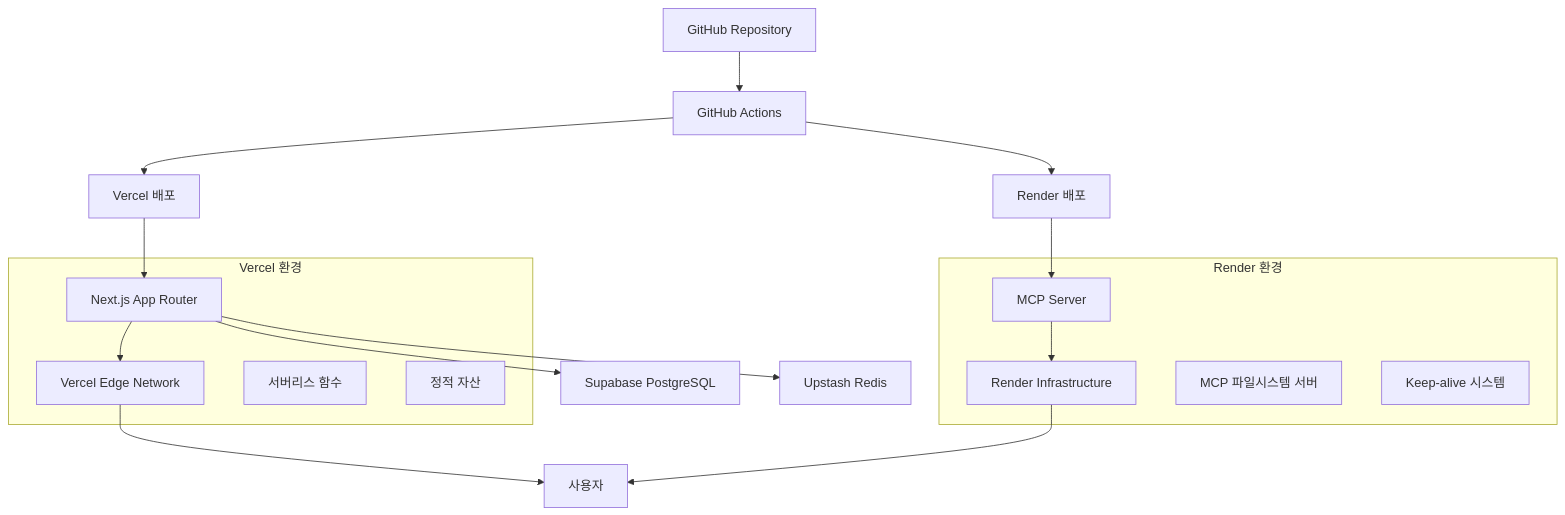
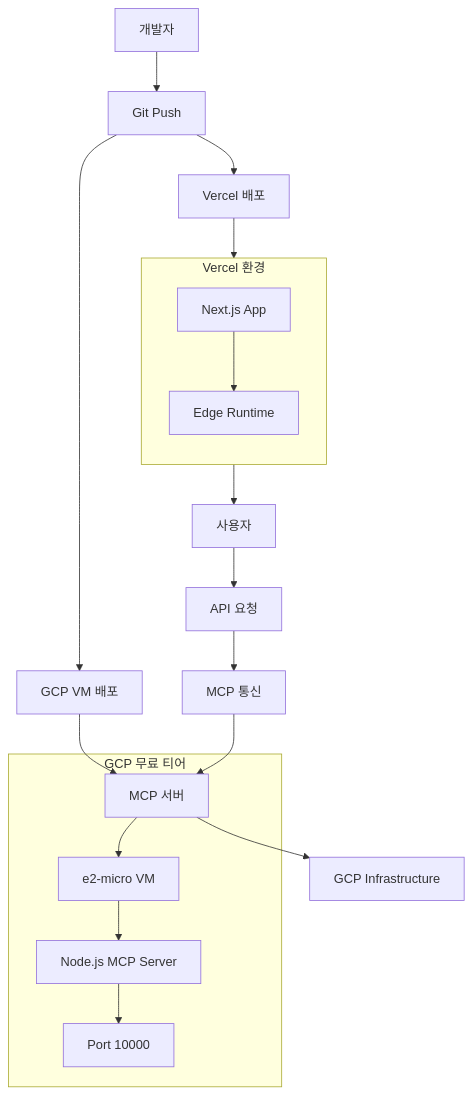
Before and after one commit to skyasu2/openmanager-vibe-v5: the diagram in docs/operations-deployment.md, drawn with Mermaid. The commit also changed other lines of this file and 50 other files, not shown here.

First line of the commit message:
feat: Complete GCP migration and resolve build/push issues

````diff
--- a/docs/operations-deployment.md
+++ b/docs/operations-deployment.md
@@ -21,33 +23,28 @@
 ```mermaid
-graph TB
-    A[GitHub Repository] --> B[GitHub Actions]
+graph TD
+    A[개발자] --> B[Git Push]
+    B --> C[Vercel 배포]
+    B --> D[GCP VM 배포]
 
-    B --> C[Vercel 배포]
-    B --> D[Render 배포]
+    C --> E[Next.js App]
+    D --> F[MCP 서버]
 
-    C --> E[Next.js App Router]
-    D --> F[MCP Server]
+    E --> G[사용자]
+    F --> H[GCP Infrastructure]
 
-    E --> G[Vercel Edge Network]
-    F --> H[Render Infrastructure]
+    G --> I[API 요청]
+    I --> J[MCP 통신]
+    J --> F
 
-    G --> I[사용자]
-    H --> I
+subgraph "Vercel 환경"
+    E
+    direction TB
+    E --> K[Edge Runtime]
+end
 
-    E --> J[Supabase PostgreSQL]
-    E --> K[Upstash Redis]
-
-    subgraph "Vercel 환경"
-        E
-        G
-        L[서버리스 함수]
-        M[정적 자산]
-    end
-
-    subgraph "Render 환경"
-        F
-        H
-        N[MCP 파일시스템 서버]
-        O[Keep-alive 시스템]
-    end
+subgraph "GCP 무료 티어"
+    F --> L[e2-micro VM]
+    L --> M[Node.js MCP Server]
+    M --> N[Port 10000]
+end
 ```
````
